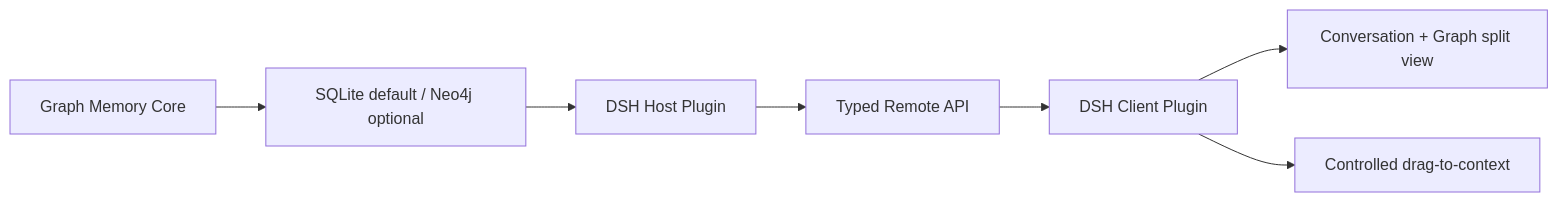
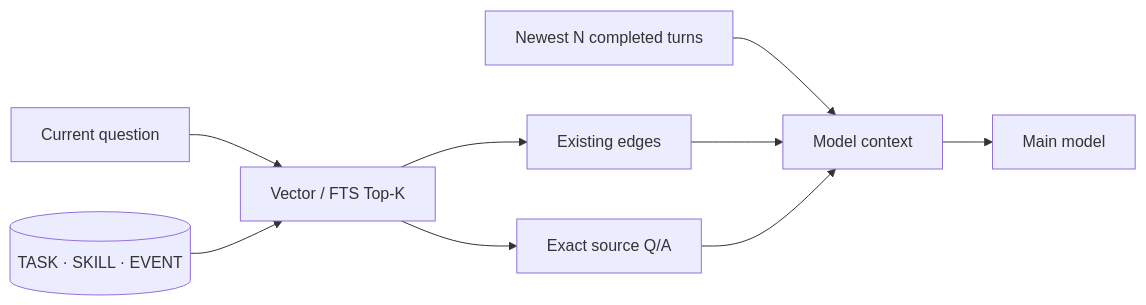
One commit to TriDefender/graph-memory changed the third of 3 diagrams in README.md. Above: the diagram before and after it, drawn with Mermaid. The commit also changed other lines of this file and 9 other files, not shown here.

````diff
--- a/README.md
+++ b/README.md
@@ -340,9 +114,11 @@
 ```mermaid
 flowchart LR
-  CORE[Graph Memory Core] --> STORE[SQLite default / Neo4j optional]
-  STORE --> HOST[DSH Host Plugin]
-  HOST --> REMOTE[Typed Remote API]
-  REMOTE --> CLIENT[DSH Client Plugin]
-  CLIENT --> SPLIT[Conversation + Graph split view]
-  CLIENT --> DROP[Controlled drag-to-context]
+  Q[Current question] --> R[Vector / FTS Top-K]
+  DB[(TASK · SKILL · EVENT)] --> R
+  R --> E[Existing edges]
+  R --> S[Exact source Q/A]
+  F[Newest N completed turns] --> C[Model context]
+  E --> C
+  S --> C
+  C --> M[Main model]
 ```
````
